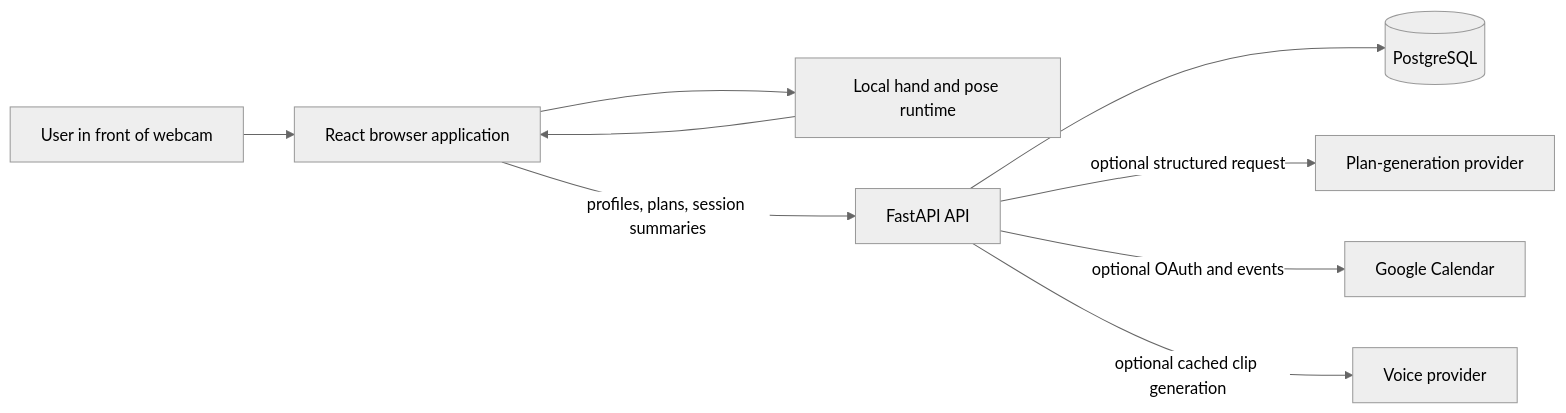
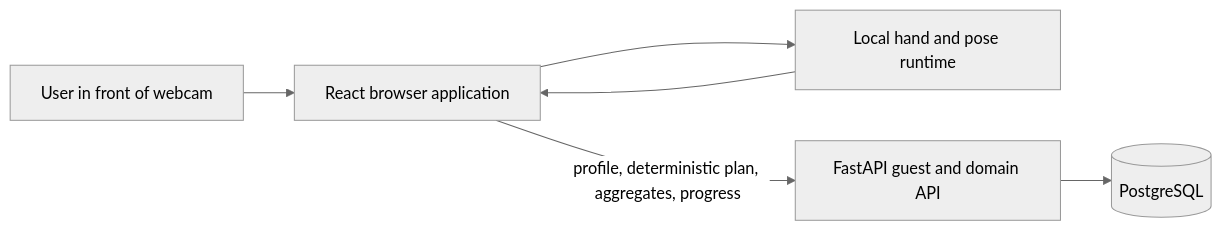
Before and after one commit to EZDAMIR/dungeon-master: the first of 3 diagrams in docs/ARCHITECTURE.md, drawn with Mermaid (neutral theme). The commit also changed other lines of this file and 17 other files, not shown here.

````diff
--- a/docs/ARCHITECTURE.md
+++ b/docs/ARCHITECTURE.md
@@ -12,20 +12,14 @@
 ```mermaid
 flowchart LR
   User[User in front of webcam]
   Browser[React browser application]
   Vision[Local hand and pose runtime]
-  API[FastAPI API]
+  API[FastAPI guest and domain API]
   DB[(PostgreSQL)]
-  AI[Plan-generation provider]
-  Calendar[Google Calendar]
-  Voice[Voice provider]
 
   User --> Browser
   Browser --> Vision
   Vision --> Browser
-  Browser -->|profiles, plans, session summaries| API
+  Browser -->|profile, deterministic plan, aggregates, progress| API
   API --> DB
-  API -->|optional structured request| AI
-  API -->|optional OAuth and events| Calendar
-  API -->|optional cached clip generation| Voice
 ```
````
